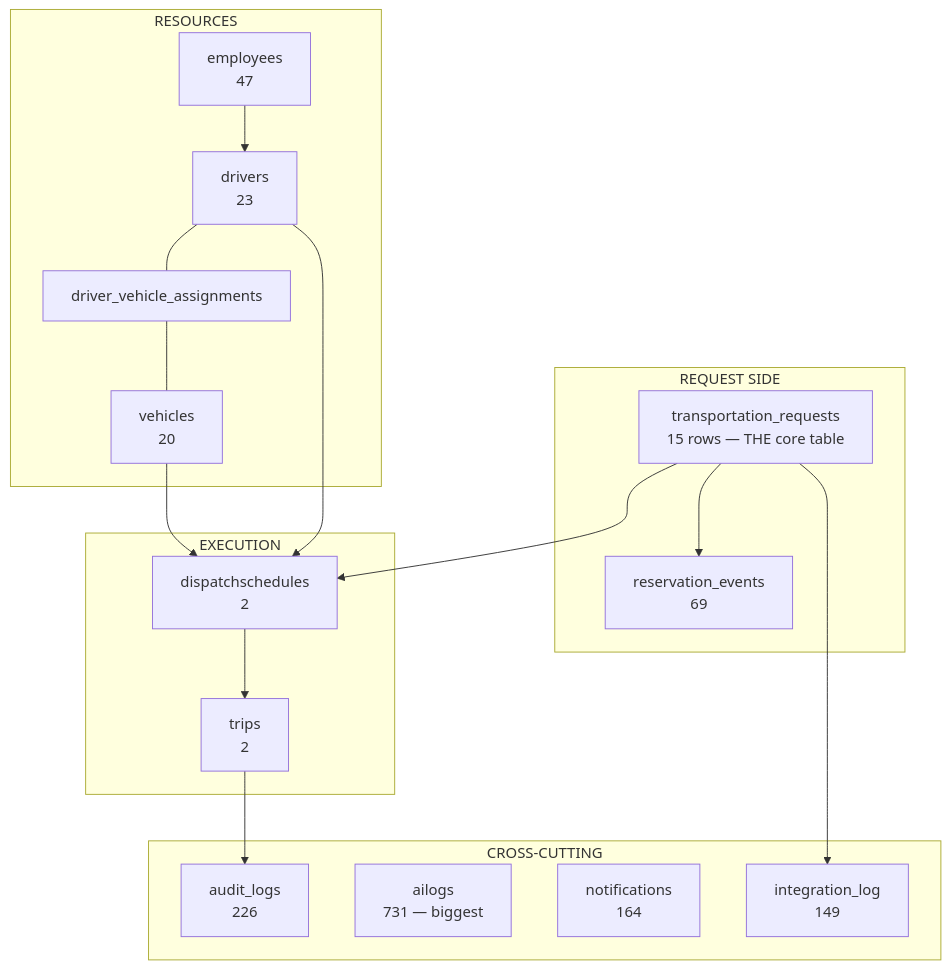
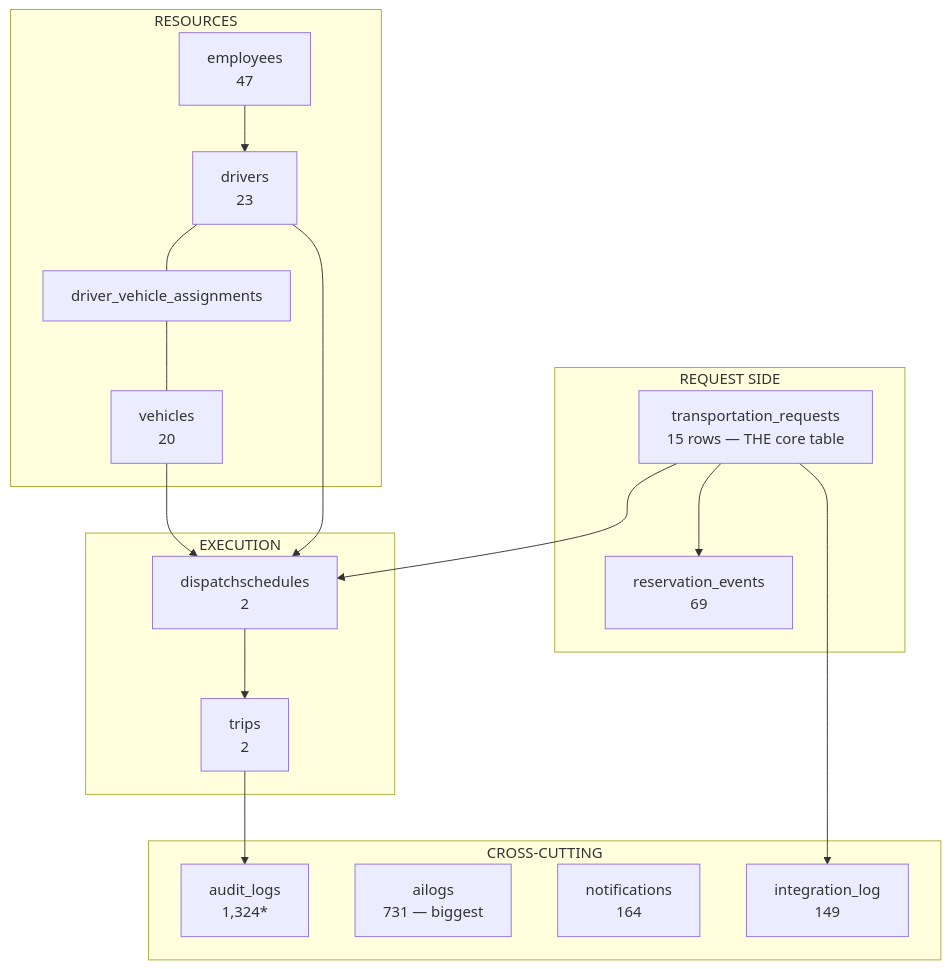
Before and after one commit to ro-mee/fleet-transpo: the diagram in Capstone/03 - Database/Database Overview.md, drawn with Mermaid. The commit also changed other lines of this file and 15 other files, not shown here.

First line of the commit message:
feat: update audit_logs row count and improve driver edit functionality

````diff
--- a/Capstone/03 - Database/Database Overview.md
+++ b/Capstone/03 - Database/Database Overview.md
@@ -25,31 +25,31 @@
 ```mermaid
 flowchart TB
     subgraph Req["REQUEST SIDE"]
         TR[transportation_requests<br/>15 rows — THE core table]
         RE[reservation_events<br/>69]
     end
     subgraph Res["RESOURCES"]
         V[vehicles<br/>20]
         D[drivers<br/>23]
         E[employees<br/>47]
         DVA[driver_vehicle_assignments]
     end
     subgraph Exec["EXECUTION"]
         DS[dispatchschedules<br/>2]
         T[trips<br/>2]
     end
     subgraph Cross["CROSS-CUTTING"]
-        AL[audit_logs<br/>226]
+        AL[audit_logs<br/>1,324*]
         AI[ailogs<br/>731 — biggest]
         N[notifications<br/>164]
         IL[integration_log<br/>149]
     end
     TR --> DS --> T
     TR --> RE
     V --> DS
     D --> DS
     E --> D
     D --- DVA --- V
     T --> AL
     TR --> IL
 ```
````
